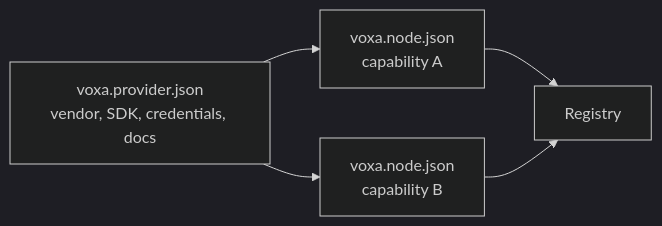
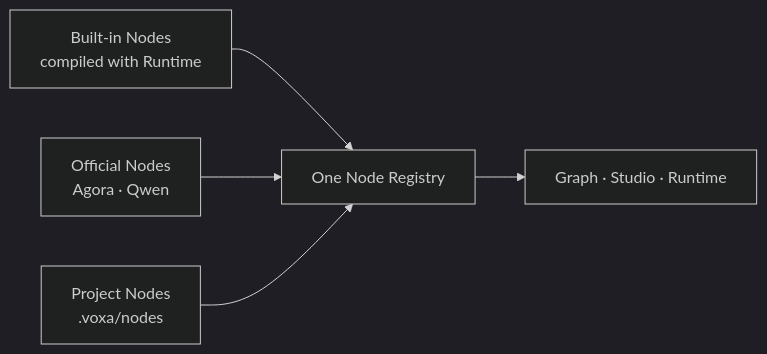
Before and after one commit to PiyotaHu/Voxa: the diagram in docs/site/en/provider-architecture.md, drawn with Mermaid (dark theme). The commit also changed other lines of this file and 105 other files, not shown here.

Commit message:
refactor voice runtime around unified nodes

````diff
--- a/docs/site/en/provider-architecture.md
+++ b/docs/site/en/provider-architecture.md
@@ -9,7 +7,7 @@
 ```mermaid
 flowchart LR
-    P["voxa.provider.json<br/>vendor, SDK, credentials, docs"] --> N1["voxa.node.json<br/>capability A"]
-    P --> N2["voxa.node.json<br/>capability B"]
-    N1 --> R["Registry"]
-    N2 --> R
+  B["Built-in Nodes<br/>compiled with Runtime"] --> R["One Node Registry"]
+  O["Official Nodes<br/>Agora · Qwen"] --> R
+  P["Project Nodes<br/>.voxa/nodes"] --> R
+  R --> G["Graph · Studio · Runtime"]
 ```
````
